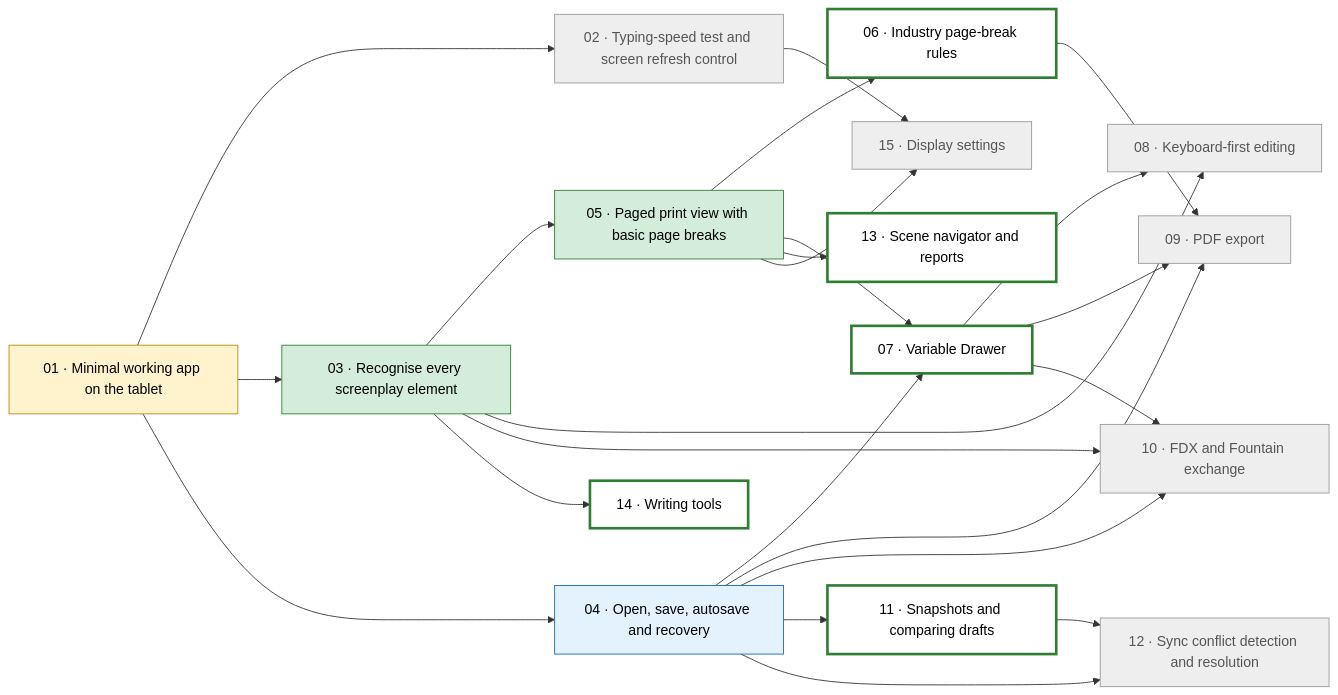
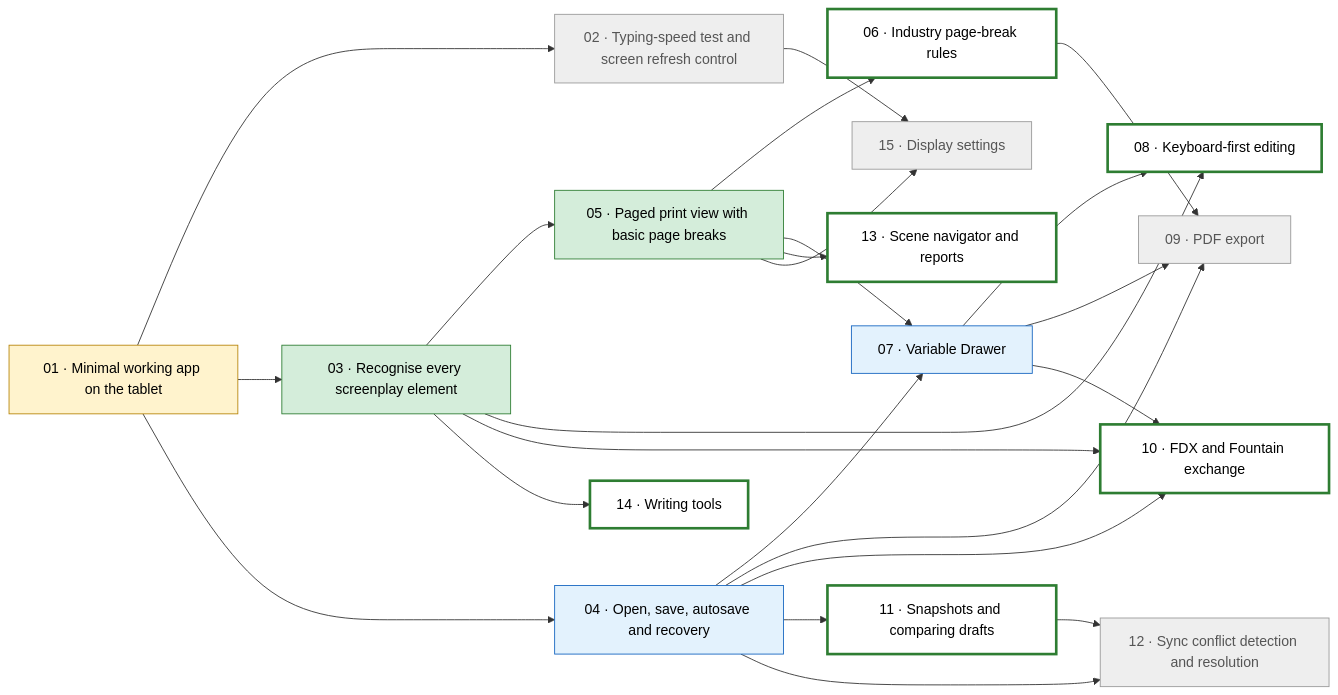
The diagram in PLAN.md (mikebgio/eink-screenplay-writer), drawn with Mermaid before and after one commit. The commit also changed other lines of this file and 17 other files, not shown here.

First line of the commit message:
07: Variable Drawer (#7)

````diff
--- a/PLAN.md
+++ b/PLAN.md
@@ -45,45 +45,45 @@
 ```mermaid
 flowchart LR
   T01["01 · Minimal working app on the tablet"]:::inprogress
   T02["02 · Typing-speed test and screen refresh control"]:::blocked
   T03["03 · Recognise every screenplay element"]:::done
   T04["04 · Open, save, autosave and recovery"]:::needsdevice
   T05["05 · Paged print view with basic page breaks"]:::done
   T06["06 · Industry page-break rules"]:::ready
-  T07["07 · Variable Drawer"]:::ready
-  T08["08 · Keyboard-first editing"]:::blocked
+  T07["07 · Variable Drawer"]:::needsdevice
+  T08["08 · Keyboard-first editing"]:::ready
   T09["09 · PDF export"]:::blocked
-  T10["10 · FDX and Fountain exchange"]:::blocked
+  T10["10 · FDX and Fountain exchange"]:::ready
   T11["11 · Snapshots and comparing drafts"]:::ready
   T12["12 · Sync conflict detection and resolution"]:::blocked
   T13["13 · Scene navigator and reports"]:::ready
   T14["14 · Writing tools"]:::ready
   T15["15 · Display settings"]:::blocked
   T01 --> T02
   T01 --> T03
   T01 --> T04
   T03 --> T05
   T05 --> T06
   T04 --> T07
   T05 --> T07
   T03 --> T08
   T07 --> T08
   T04 --> T09
   T06 --> T09
   T07 --> T09
   T03 --> T10
   T04 --> T10
   T07 --> T10
   T04 --> T11
   T04 --> T12
   T11 --> T12
   T05 --> T13
   T03 --> T14
   T02 --> T15
   T05 --> T15
   classDef done fill:#d4edda,stroke:#2e7d32,color:#000
   classDef needsdevice fill:#e3f2fd,stroke:#1565c0,color:#000
   classDef inprogress fill:#fff3cd,stroke:#b8860b,color:#000
   classDef ready fill:#ffffff,stroke:#2e7d32,stroke-width:3px,color:#000
   classDef blocked fill:#eeeeee,stroke:#999,color:#555
 ```
````
